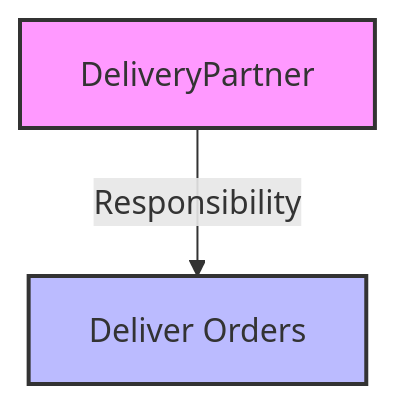
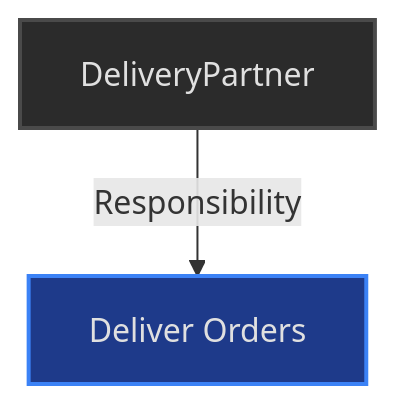
The second of 6 diagrams in Day01/SOLID Principals/README.md (Shree2604/LL-System-Design), drawn with Mermaid before and after one commit. The commit also changed other lines of this file and 3 other files, not shown here.

````diff
--- a/Day01/SOLID Principals/README.md
+++ b/Day01/SOLID Principals/README.md
@@ -74,7 +74,7 @@
 ```mermaid
 graph TD
     A[DeliveryPartner] -->|Responsibility| B[Deliver Orders]
     
-    style A fill:#f9f,stroke:#333,stroke-width:2px
-    style B fill:#bbf,stroke:#333,stroke-width:2px
+    style A fill:#2b2b2b,stroke:#4a4a4a,color:#e0e0e0,stroke-width:2px
+    style B fill:#1e3a8a,stroke:#3b82f6,color:#e0e0e0,stroke-width:2px
 ```
````
